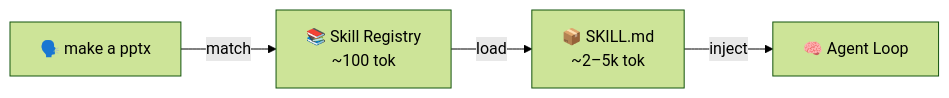
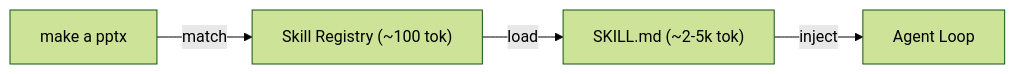
Before and after one commit to agenticloops-ai/agentic-ai-engineering: the sixth of 8 diagrams in 01-foundations/workshop.md, drawn with Mermaid (forest theme). The commit also changed other lines of this file, not shown here.

````diff
--- a/01-foundations/workshop.md
+++ b/01-foundations/workshop.md
@@ -394,6 +123,6 @@
 ```mermaid
 flowchart LR
-    U["🗣️ make a pptx"] -->|match| R["📚 Skill Registry<br/>~100 tok"]
-    R -->|load| S["📦 SKILL.md<br/>~2–5k tok"]
-    S -->|inject| A["🧠 Agent Loop"]
+    U["make a pptx"] -->|match| R["Skill Registry (~100 tok)"]
+    R -->|load| S["SKILL.md (~2-5k tok)"]
+    S -->|inject| A["Agent Loop"]
 ```
````
